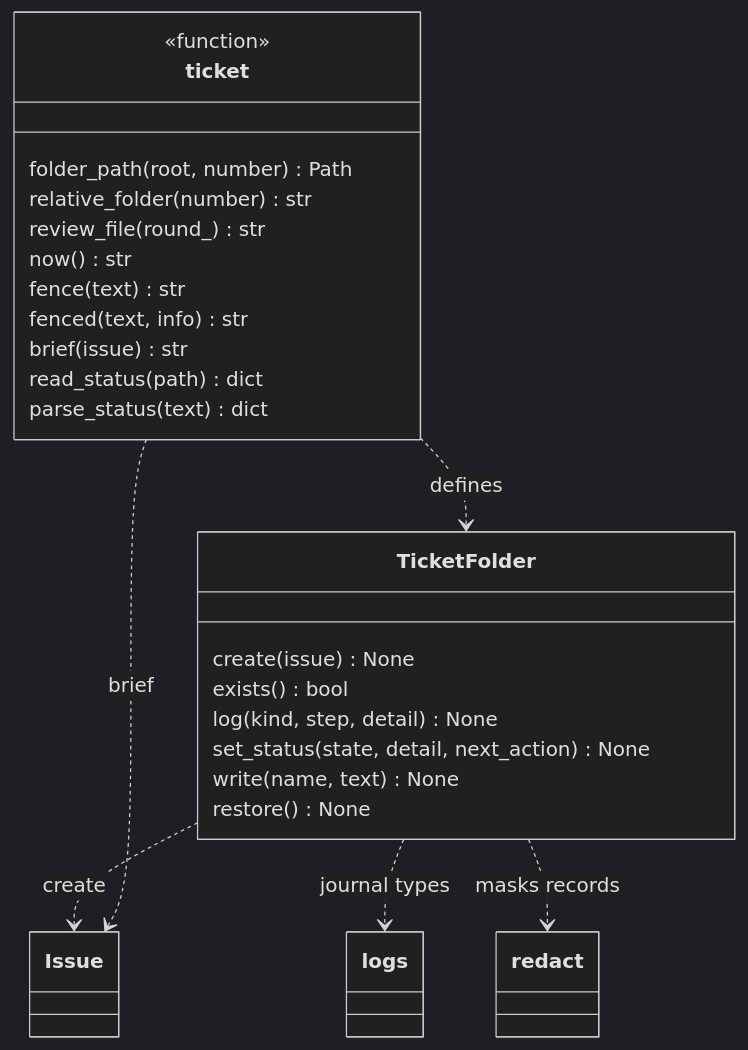
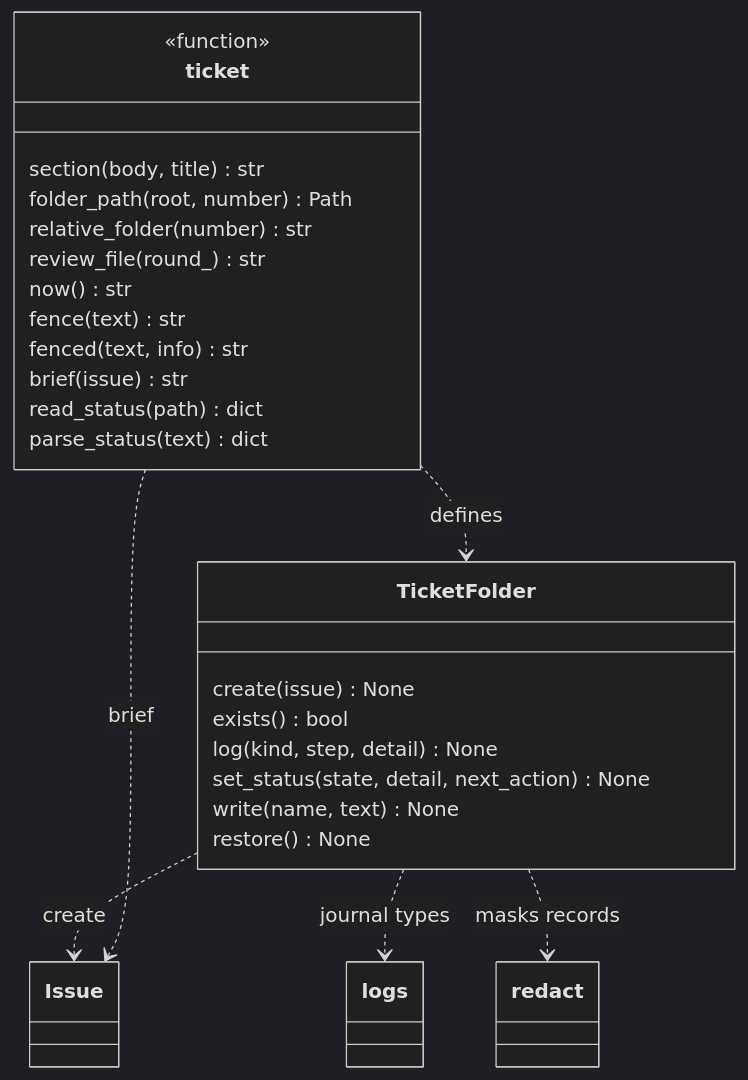
Before and after one commit to plaplanche/ariane: the second of 3 diagrams in docs/architecture/modules/ticket.md, drawn with Mermaid (dark theme). The commit also changed other lines of this file and 2 other files, not shown here.

Commit message:
#134: fix round 1

````diff
--- a/docs/architecture/modules/ticket.md
+++ b/docs/architecture/modules/ticket.md
@@ -56,29 +57,30 @@
 ```mermaid
 classDiagram
 class TicketFolder {
   create(issue) None
   exists() bool
   log(kind, step, detail) None
   set_status(state, detail, next_action) None
   write(name, text) None
   restore() None
 }
 class ticket {
   <<function>>
+  section(body, title) str
   folder_path(root, number) Path
   relative_folder(number) str
   review_file(round_) str
   now() str
   fence(text) str
   fenced(text, info) str
   brief(issue) str
   read_status(path) dict
   parse_status(text) dict
 }
 class Issue
 ticket ..> TicketFolder : defines
 TicketFolder ..> Issue : create
 ticket ..> Issue : brief
 TicketFolder ..> logs : journal types
 TicketFolder ..> redact : masks records
 ```
````
